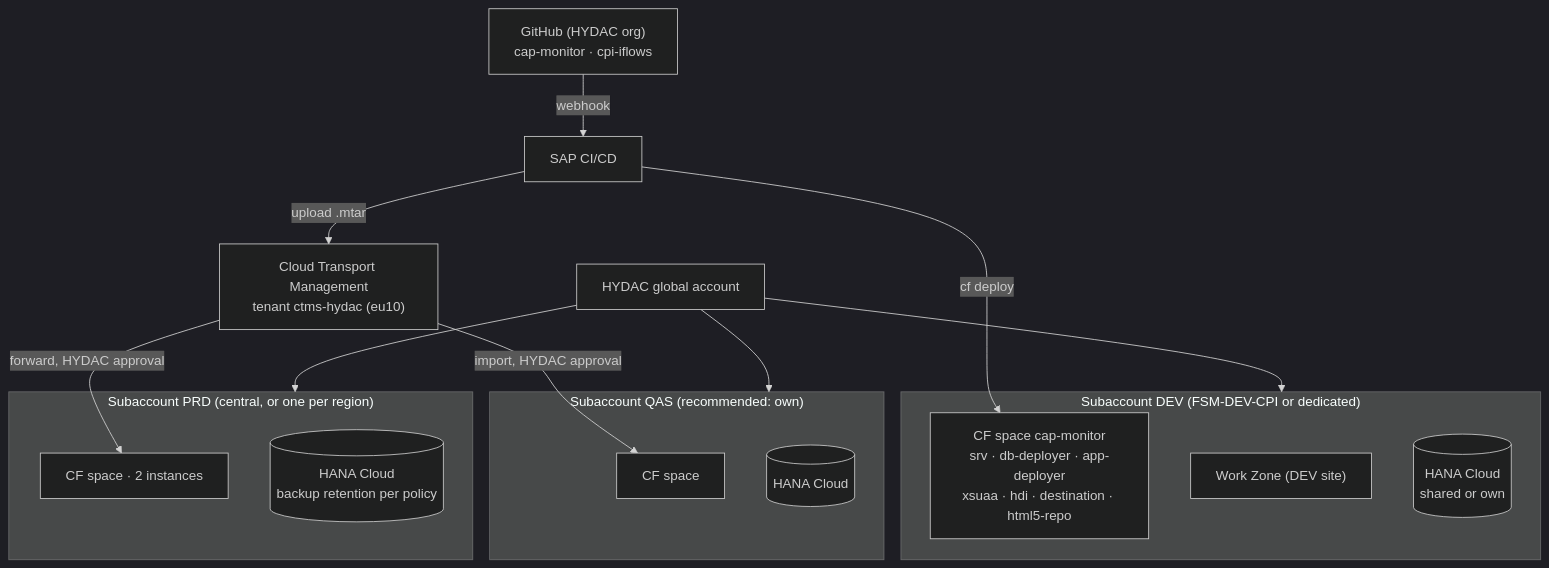
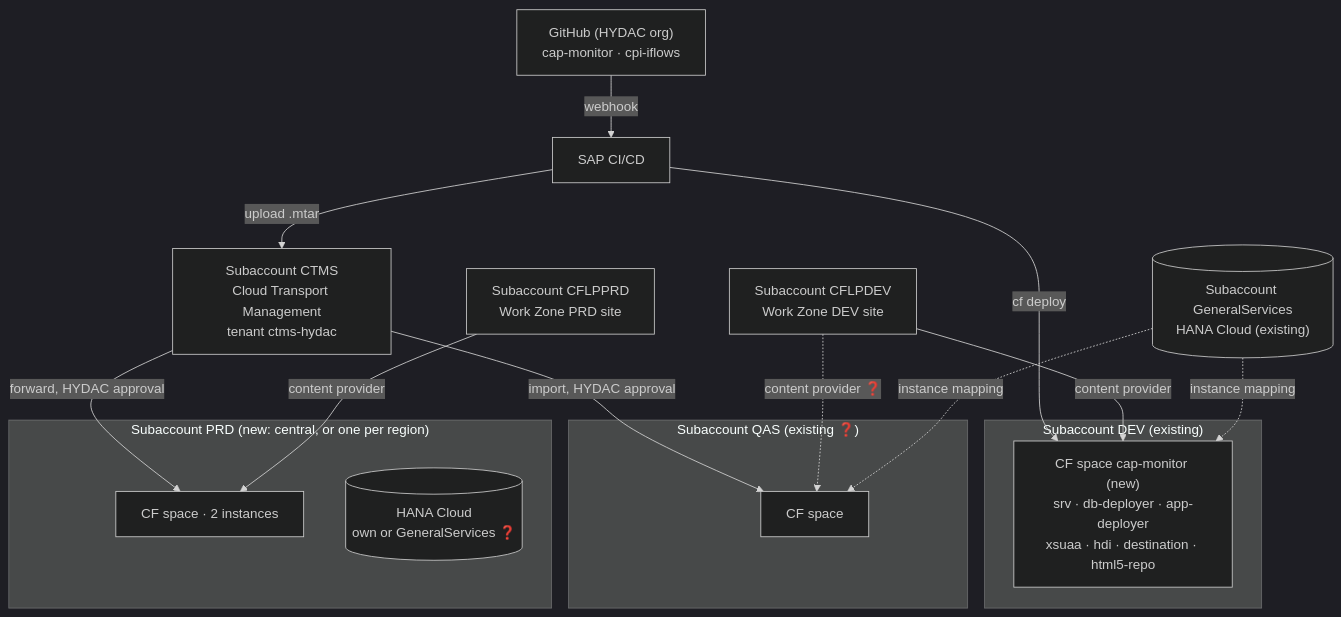
One commit to igorvorobevde/btp-cust-monitor changed the fifth of 12 diagrams in docs/presentation/Customer_Monitor_Solution_Design.md. Above: the diagram before and after it, drawn with Mermaid (dark theme). The commit also changed other lines of this file and 5 other files, not shown here.

````diff
--- a/docs/presentation/Customer_Monitor_Solution_Design.md
+++ b/docs/presentation/Customer_Monitor_Solution_Design.md
@@ -304,26 +322,27 @@
 ```mermaid
 flowchart TB
-  GA["HYDAC global account"]
-  subgraph DEVSA["Subaccount DEV (FSM-DEV-CPI or dedicated)"]
-    DEVSP["CF space cap-monitor<br/>srv · db-deployer · app-deployer<br/>xsuaa · hdi · destination · html5-repo"]
-    DEVWZ["Work Zone (DEV site)"]
-    DEVHC[("HANA Cloud<br/>shared or own")]
+  GH["GitHub (HYDAC org)<br/>cap-monitor · cpi-iflows"] -->|"webhook"| CICD["SAP CI/CD"]
+  subgraph DEVSA["Subaccount DEV (existing)"]
+    DEVSP["CF space cap-monitor (new)<br/>srv · db-deployer · app-deployer<br/>xsuaa · hdi · destination · html5-repo"]
   end
-  subgraph QASSA["Subaccount QAS (recommended: own)"]
+  subgraph QASSA["Subaccount QAS (existing ❓)"]
     QASSP["CF space"]
-    QASHC[("HANA Cloud")]
   end
-  subgraph PRDSA["Subaccount PRD (central, or one per region)"]
+  subgraph PRDSA["Subaccount PRD (new: central, or one per region)"]
     PRDSP["CF space · 2 instances"]
-    PRDHC[("HANA Cloud<br/>backup retention per policy")]
+    PRDHC[("HANA Cloud<br/>own or GeneralServices ❓")]
   end
-  CTMS["Cloud Transport Management<br/>tenant ctms-hydac (eu10)"]
-  CICD["SAP CI/CD"]
-  GH["GitHub (HYDAC org)<br/>cap-monitor · cpi-iflows"]
-  GA --> DEVSA
-  GA --> QASSA
-  GA --> PRDSA
-  GH -->|"webhook"| CICD -->|"cf deploy"| DEVSP
-  CICD -->|"upload .mtar"| CTMS -->|"import, HYDAC approval"| QASSP
+  CTMS["Subaccount CTMS<br/>Cloud Transport Management<br/>tenant ctms-hydac"]
+  WZD["Subaccount CFLPDEV<br/>Work Zone DEV site"]
+  WZP["Subaccount CFLPPRD<br/>Work Zone PRD site"]
+  GS[("Subaccount GeneralServices<br/>HANA Cloud (existing)")]
+  CICD -->|"cf deploy"| DEVSP
+  CICD -->|"upload .mtar"| CTMS
+  CTMS -->|"import, HYDAC approval"| QASSP
   CTMS -->|"forward, HYDAC approval"| PRDSP
+  WZD -->|"content provider"| DEVSP
+  WZD -.->|"content provider ❓"| QASSP
+  WZP -->|"content provider"| PRDSP
+  GS -.->|"instance mapping"| DEVSP
+  GS -.->|"instance mapping"| QASSP
 ```
````
